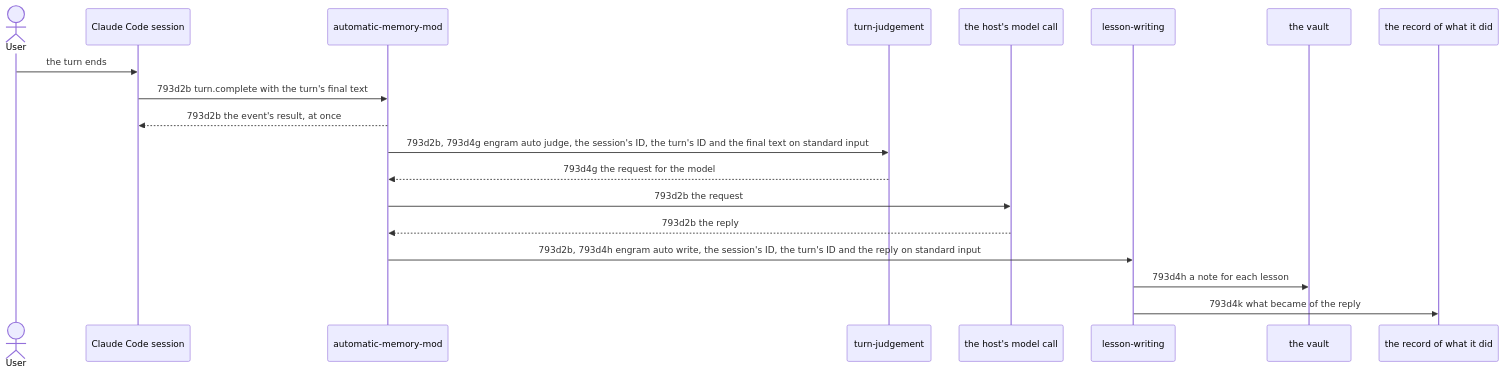
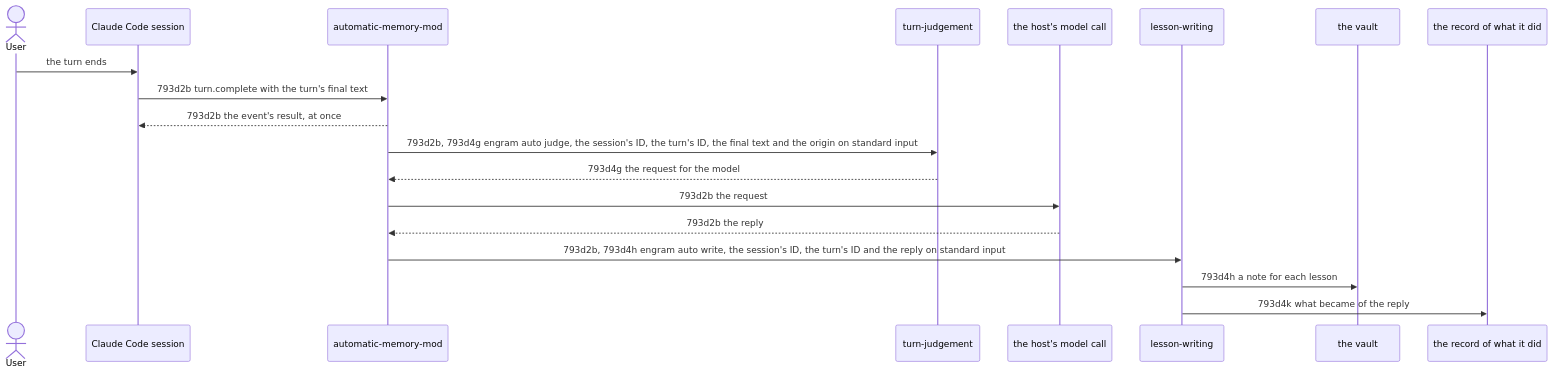
One commit to toejough/engram changed the second of 2 diagrams in docs/changes/793_automatic-memory/793d_technical-spec.md. Above: the diagram before and after it, drawn with Mermaid. The commit also changed other lines of this file and 1 other file, not shown here.

First line of the commit message:
docs(793d,e): the origin of a prompt, the turns of a subagent, and the scenario of the clause about the sessions of its own

````diff
--- a/docs/changes/793_automatic-memory/793d_technical-spec.md
+++ b/docs/changes/793_automatic-memory/793d_technical-spec.md
@@ -138,22 +144,22 @@
 ```mermaid
 sequenceDiagram
     actor User
     participant Session as Claude Code session
     participant Mod as automatic-memory-mod
     participant Judgement as turn-judgement
     participant Model as the host's model call
     participant Writing as lesson-writing
     participant Vault as the vault
     participant Record as the record of what it did
 
     User->>Session: the turn ends
     Session->>Mod: 793d2b turn.complete with the turn's final text
     Mod-->>Session: 793d2b the event's result, at once
-    Mod->>Judgement: 793d2b, 793d4g engram auto judge, the session's ID, the turn's ID and the final text on standard input
+    Mod->>Judgement: 793d2b, 793d4g engram auto judge, the session's ID, the turn's ID, the final text and the origin on standard input
     Judgement-->>Mod: 793d4g the request for the model
     Mod->>Model: 793d2b the request
     Model-->>Mod: 793d2b the reply
     Mod->>Writing: 793d2b, 793d4h engram auto write, the session's ID, the turn's ID and the reply on standard input
     Writing->>Vault: 793d4h a note for each lesson
     Writing->>Record: 793d4k what became of the reply
 ```
````
